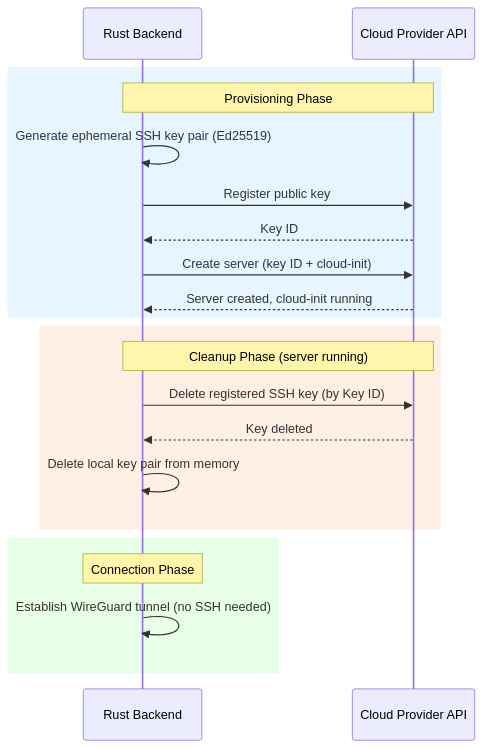
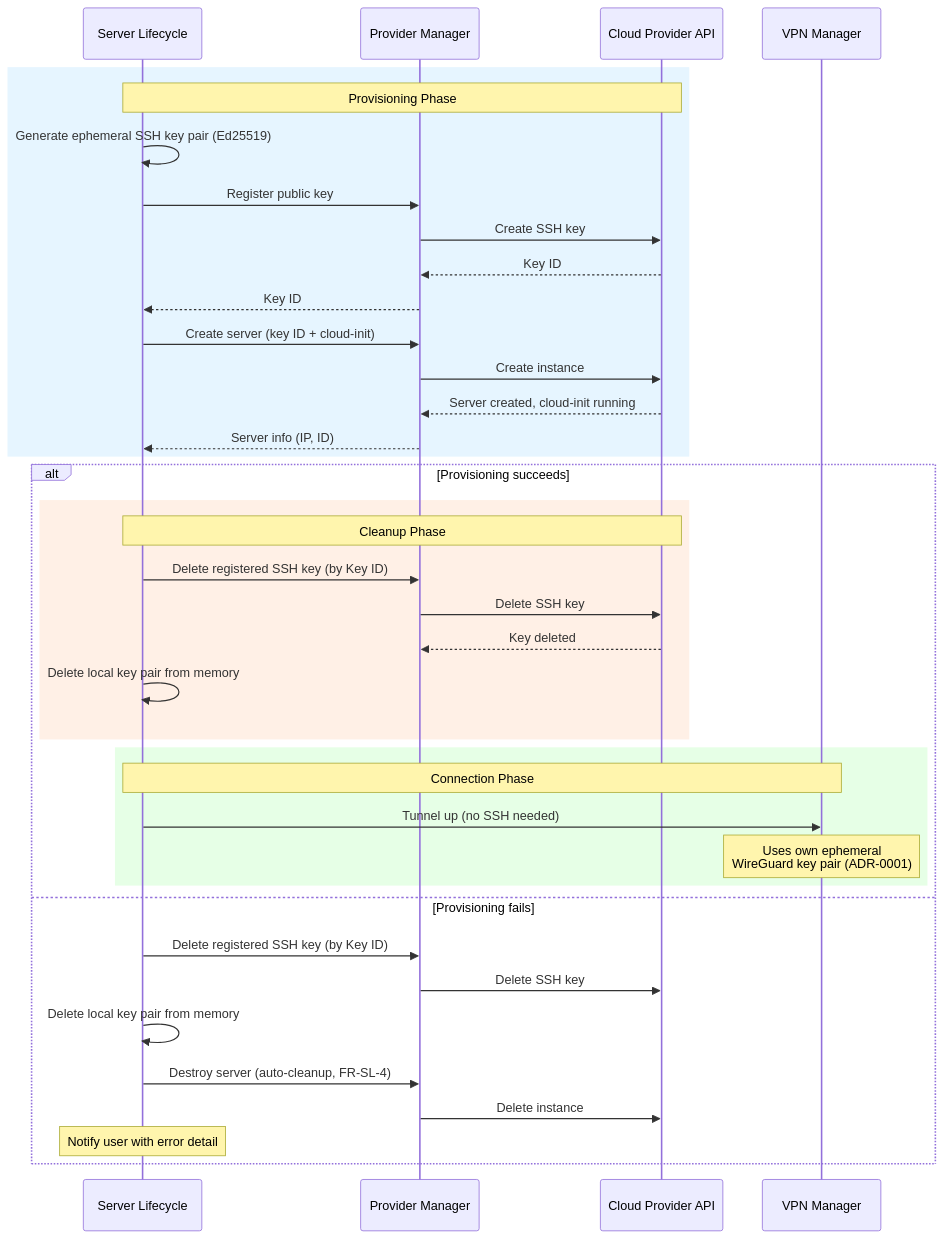
One commit to saemanas/oh-my-vpn changed the diagram in docs/adr/0004-ephemeral-ssh-keys-per-session.md. Above: the diagram before and after it, drawn with Mermaid. The commit also changed other lines of this file and 12 other files, not shown here.

````diff
--- a/docs/adr/0004-ephemeral-ssh-keys-per-session.md
+++ b/docs/adr/0004-ephemeral-ssh-keys-per-session.md
@@ -46,26 +46,43 @@
 ```mermaid
 sequenceDiagram
-    participant BE as Rust Backend
+    participant SL as Server Lifecycle
+    participant PM as Provider Manager
     participant Cloud as Cloud Provider API
+    participant VM as VPN Manager
 
     rect rgb(230, 245, 255)
-        note over BE,Cloud: Provisioning Phase
-        BE->>BE: Generate ephemeral SSH key pair (Ed25519)
-        BE->>Cloud: Register public key
-        Cloud-->>BE: Key ID
-        BE->>Cloud: Create server (key ID + cloud-init)
-        Cloud-->>BE: Server created, cloud-init running
+        note over SL,Cloud: Provisioning Phase
+        SL->>SL: Generate ephemeral SSH key pair (Ed25519)
+        SL->>PM: Register public key
+        PM->>Cloud: Create SSH key
+        Cloud-->>PM: Key ID
+        PM-->>SL: Key ID
+        SL->>PM: Create server (key ID + cloud-init)
+        PM->>Cloud: Create instance
+        Cloud-->>PM: Server created, cloud-init running
+        PM-->>SL: Server info (IP, ID)
     end
 
-    rect rgb(255, 240, 230)
-        note over BE,Cloud: Cleanup Phase (server running)
-        BE->>Cloud: Delete registered SSH key (by Key ID)
-        Cloud-->>BE: Key deleted
-        BE->>BE: Delete local key pair from memory
-    end
+    alt Provisioning succeeds
+        rect rgb(255, 240, 230)
+            note over SL,Cloud: Cleanup Phase
+            SL->>PM: Delete registered SSH key (by Key ID)
+            PM->>Cloud: Delete SSH key
+            Cloud-->>PM: Key deleted
+            SL->>SL: Delete local key pair from memory
+        end
 
-    rect rgb(230, 255, 230)
-        note over BE: Connection Phase
-        BE->>BE: Establish WireGuard tunnel (no SSH needed)
+        rect rgb(230, 255, 230)
+            note over SL,VM: Connection Phase
+            SL->>VM: Tunnel up (no SSH needed)
+            Note over VM: Uses own ephemeral<br/>WireGuard key pair (ADR-0001)
+        end
+    else Provisioning fails
+        SL->>PM: Delete registered SSH key (by Key ID)
+        PM->>Cloud: Delete SSH key
+        SL->>SL: Delete local key pair from memory
+        SL->>PM: Destroy server (auto-cleanup, FR-SL-4)
+        PM->>Cloud: Delete instance
+        Note over SL: Notify user with error detail
     end
 ```
````
